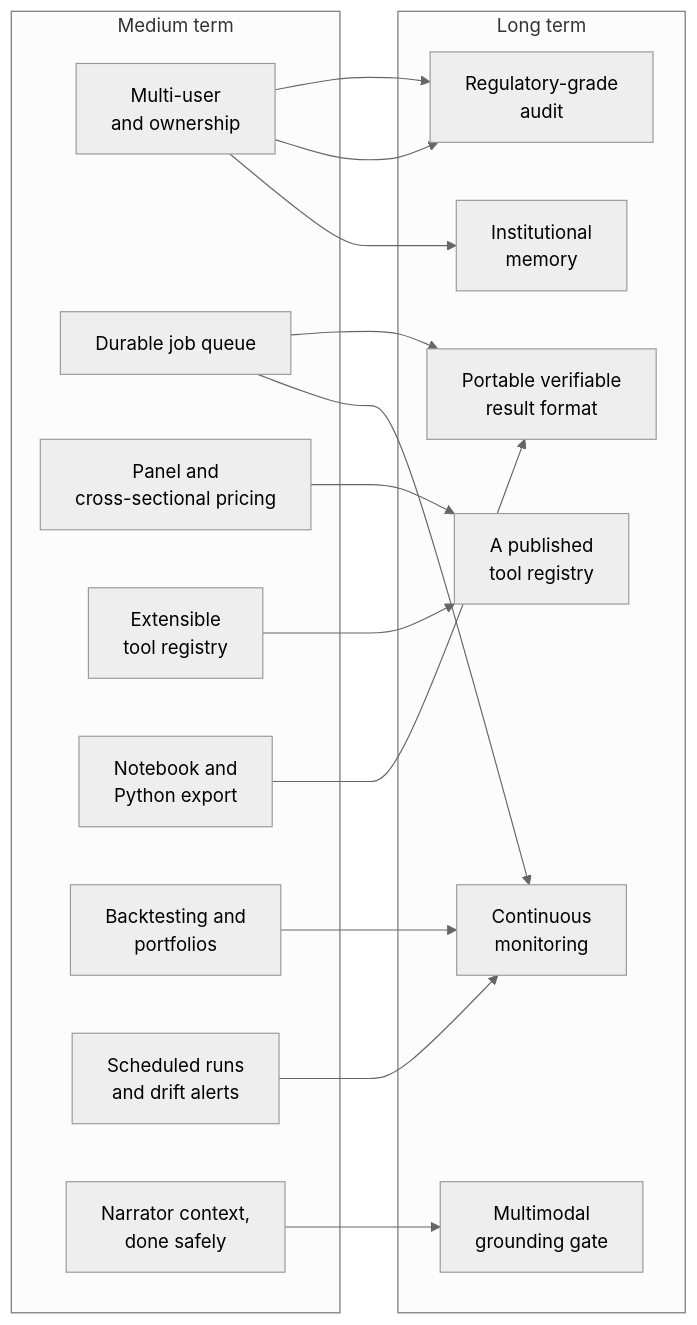
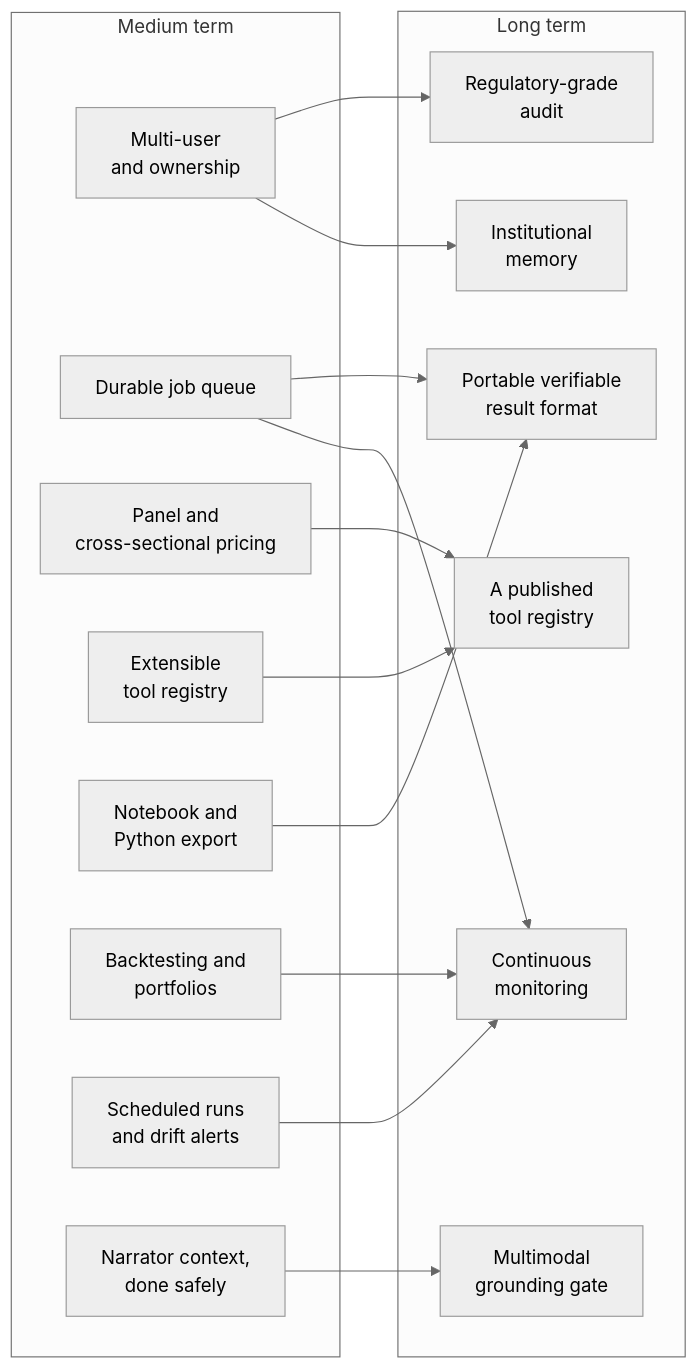
Before and after one commit to VikrantKurada/Econometrica: the second of 3 diagrams in docs/5-roadmap/README.md, drawn with Mermaid (neutral theme). The commit also changed 7 other files, not shown here.

````diff
--- a/docs/5-roadmap/README.md
+++ b/docs/5-roadmap/README.md
@@ -73,34 +73,33 @@
 ```mermaid
 flowchart LR
     subgraph M["Medium term"]
         M1["Multi-user<br/>and ownership"]
         M2["Durable job queue"]
         M3["Panel and<br/>cross-sectional pricing"]
         M4["Extensible<br/>tool registry"]
         M5["Notebook and<br/>Python export"]
         M6["Backtesting and<br/>portfolios"]
         M7["Scheduled runs<br/>and drift alerts"]
         M8["Narrator context,<br/>done safely"]
     end
 
     subgraph L["Long term"]
         L1["Portable verifiable<br/>result format"]
         L2["A published<br/>tool registry"]
         L3["Institutional<br/>memory"]
         L4["Continuous<br/>monitoring"]
         L5["Multimodal<br/>grounding gate"]
         L6["Regulatory-grade<br/>audit"]
     end
 
     M1 --> L3
     M1 --> L6
     M2 --> L4
     M2 --> L1
     M3 --> L2
     M4 --> L2
     M5 --> L1
     M6 --> L4
     M7 --> L4
     M8 --> L5
-    M1 --> L6
 ```
````
